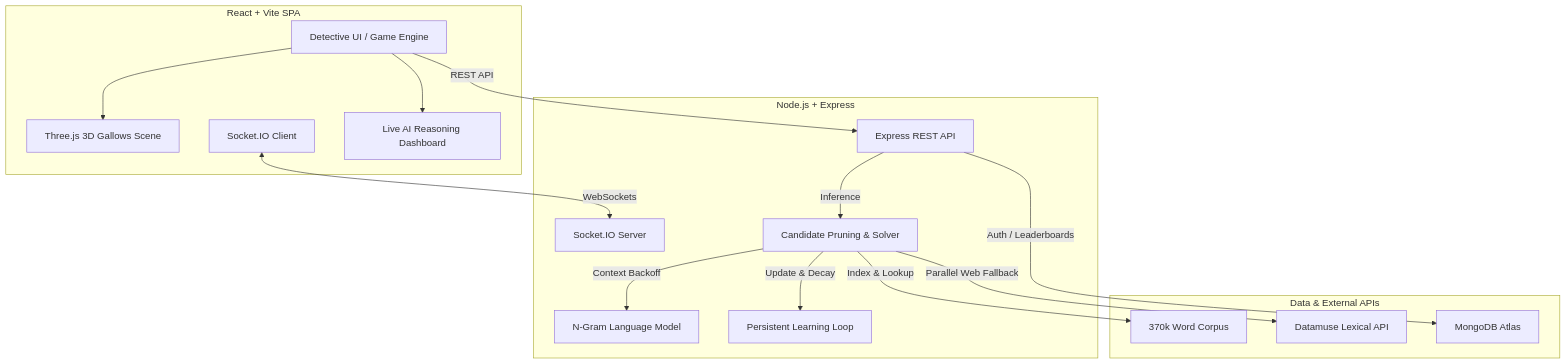
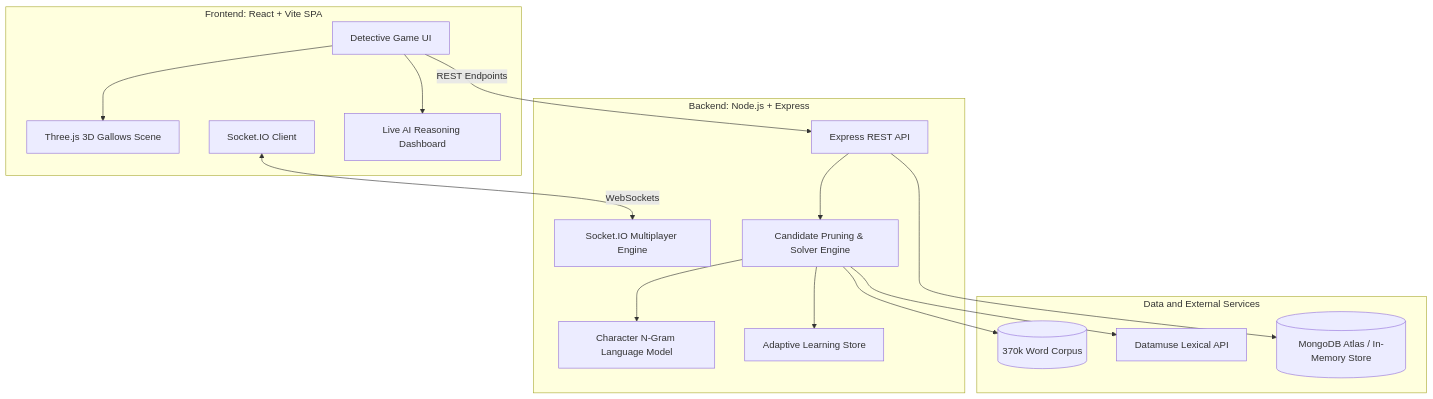
Before and after one commit to salim7-s/Hangman-AI: the diagram in README.md, drawn with Mermaid. The commit also changed other lines of this file, not shown here.

Commit message:
improve architecture diagram layout in README

````diff
--- a/README.md
+++ b/README.md
@@ -11,34 +11,34 @@
 ```mermaid
-graph TD
-    subgraph Frontend [React + Vite SPA]
-        UI[Detective UI / Game Engine]
-        ThreeJS[Three.js 3D Gallows Scene]
-        SocketClient[Socket.IO Client]
+flowchart TD
+    subgraph Client [Frontend: React + Vite SPA]
+        UI[Detective Game UI]
+        Canvas3D[Three.js 3D Gallows Scene]
+        SocketIO[Socket.IO Client]
         Explainer[Live AI Reasoning Dashboard]
     end
 
-    subgraph Backend [Node.js + Express]
+    subgraph Server [Backend: Node.js + Express]
         API[Express REST API]
-        SocketServer[Socket.IO Server]
-        NGram[N-Gram Language Model]
-        AISolver[Candidate Pruning & Solver]
-        Learning[Persistent Learning Loop]
+        SocketEngine[Socket.IO Multiplayer Engine]
+        Solver[Candidate Pruning & Solver Engine]
+        LanguageModel[Character N-Gram Language Model]
+        LearningStore[Adaptive Learning Store]
     end
 
-    subgraph Data [Data & External APIs]
-        Corpus[370k Word Corpus]
-        Datamuse[Datamuse Lexical API]
-        Mongo[MongoDB Atlas]
+    subgraph Data [Data and External Services]
+        Dictionary[(370k Word Corpus)]
+        DatamuseAPI[Datamuse Lexical API]
+        Database[(MongoDB Atlas / In-Memory Store)]
     end
 
-    UI -->|REST API| API
-    UI --> ThreeJS
+    UI -->|REST Endpoints| API
+    UI --> Canvas3D
     UI --> Explainer
-    SocketClient <-->|WebSockets| SocketServer
-    API -->|Inference| AISolver
-    AISolver -->|Context Backoff| NGram
-    AISolver -->|Index & Lookup| Corpus
-    AISolver -->|Parallel Web Fallback| Datamuse
-    AISolver -->|Update & Decay| Learning
-    API -->|Auth / Leaderboards| Mongo
+    SocketIO <-->|WebSockets| SocketEngine
+    API --> Solver
+    Solver --> LanguageModel
+    Solver --> Dictionary
+    Solver --> DatamuseAPI
+    Solver --> LearningStore
+    API --> Database
 ```
````
